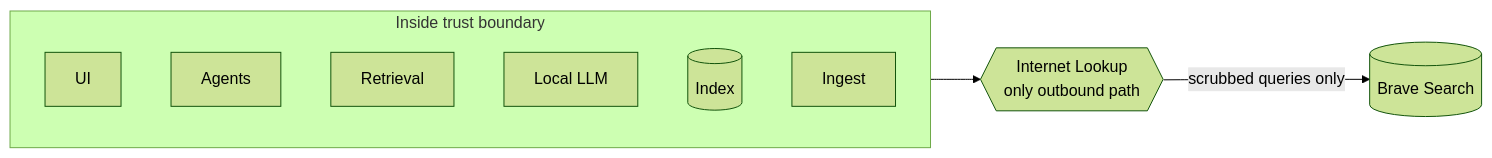
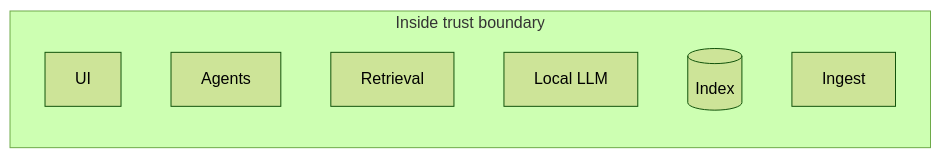
Before and after one commit to asamc/TutorAndQuizBot: the fifth of 5 diagrams in docs/architecure.md, drawn with Mermaid (forest theme). The commit also changed other lines of this file and 9 other files, not shown here.

````diff
--- a/docs/architecure.md
+++ b/docs/architecure.md
@@ -156,17 +125,11 @@
 ```mermaid
 flowchart LR
     subgraph Inside["Inside trust boundary"]
         UI2[UI]
         Agents[Agents]
         Ret[Retrieval]
         Model[Local LLM]
         Store[(Index)]
         Ing[Ingest]
     end
-
-    Gate{{Internet Lookup<br/>only outbound path}}
-    Ext[(Brave Search)]
-
-    Inside --> Gate
-    Gate -->|scrubbed queries only| Ext
 ```
````
